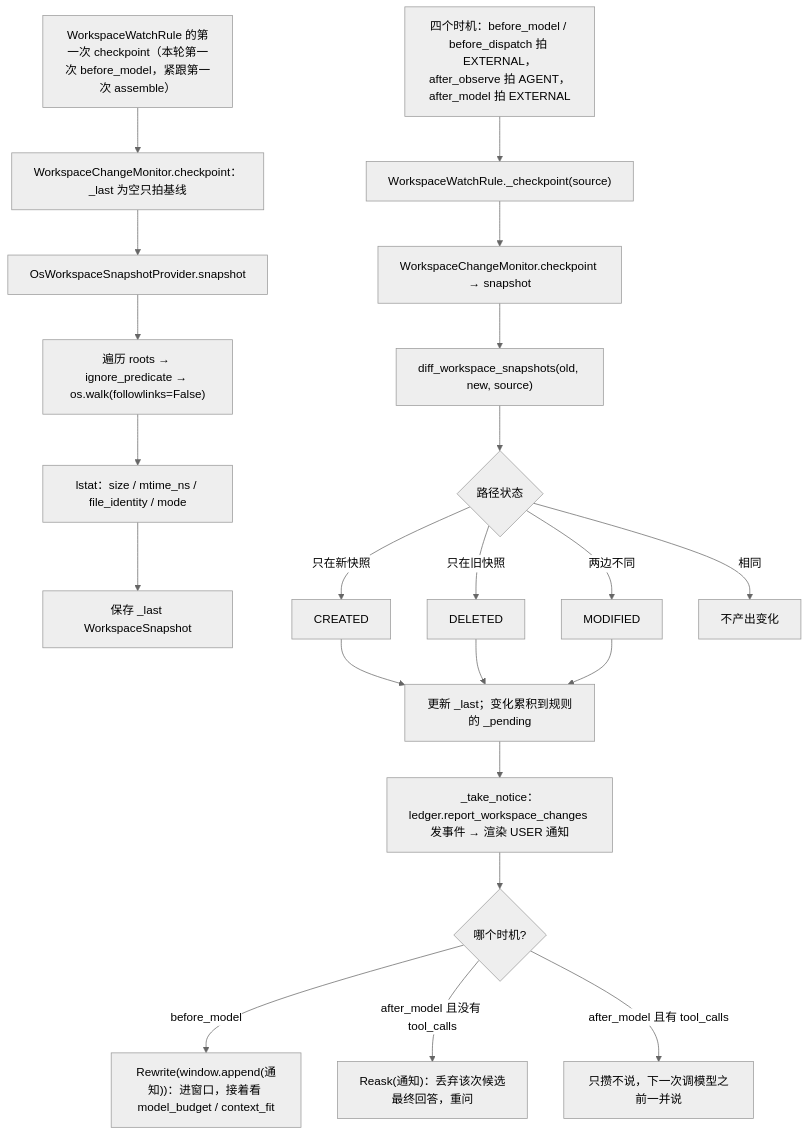
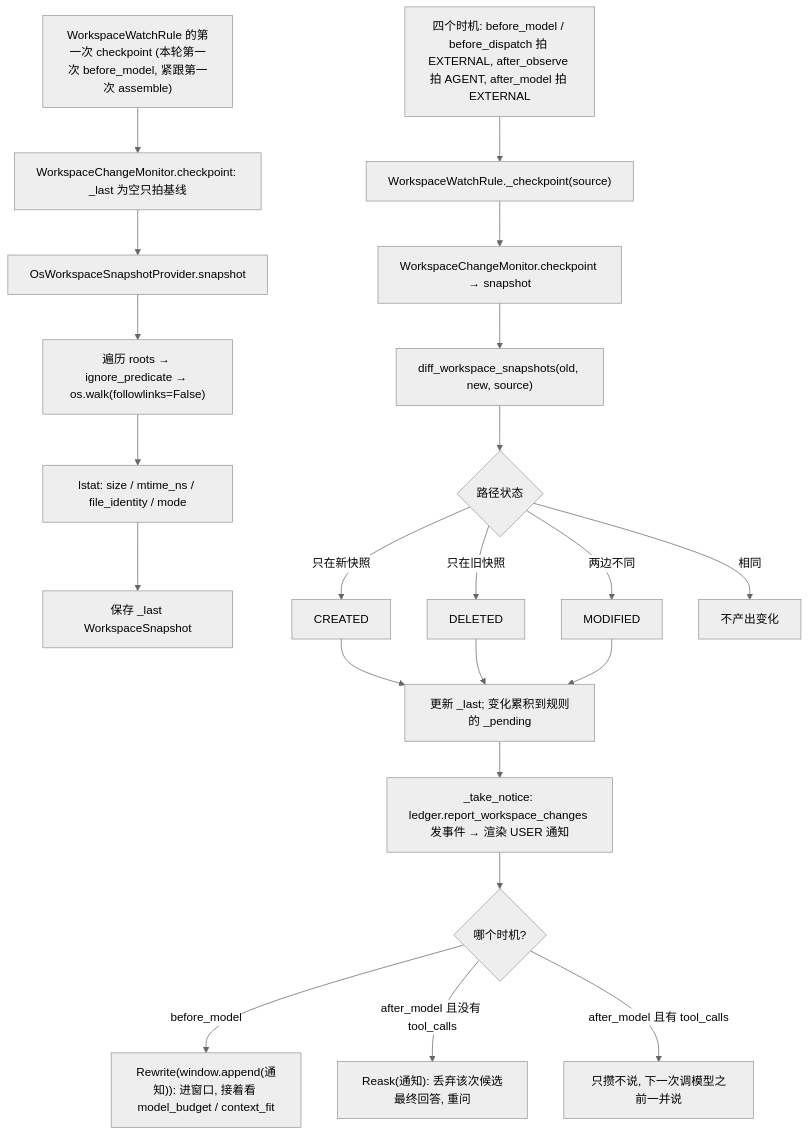
One commit to qubaolai/ForgeCLI changed diagram 18 of 50 in docs/06-代码阅读线路.md. Above: the diagram before and after it, drawn with Mermaid (neutral theme). The commit also changed other lines of this file and 292 other files, not shown here.

````diff
--- a/docs/06-代码阅读线路.md
+++ b/docs/06-代码阅读线路.md
@@ -785,24 +802,24 @@
 ```mermaid
 flowchart TD
-    A["WorkspaceWatchRule 的第一次 checkpoint（本轮第一次 before_model，紧跟第一次 assemble）"] --> B["WorkspaceChangeMonitor.checkpoint：_last 为空只拍基线"]
+    A["WorkspaceWatchRule 的第一次 checkpoint (本轮第一次 before_model, 紧跟第一次 assemble)"] --> B["WorkspaceChangeMonitor.checkpoint: _last 为空只拍基线"]
     B --> C["OsWorkspaceSnapshotProvider.snapshot"]
     C --> D["遍历 roots → ignore_predicate → os.walk(followlinks=False)"]
-    D --> E["lstat：size / mtime_ns / file_identity / mode"]
+    D --> E["lstat: size / mtime_ns / file_identity / mode"]
     E --> F["保存 _last WorkspaceSnapshot"]
-    G["四个时机：before_model / before_dispatch 拍 EXTERNAL，after_observe 拍 AGENT，after_model 拍 EXTERNAL"] --> H["WorkspaceWatchRule._checkpoint(source)"]
+    G["四个时机: before_model / before_dispatch 拍 EXTERNAL, after_observe 拍 AGENT, after_model 拍 EXTERNAL"] --> H["WorkspaceWatchRule._checkpoint(source)"]
     H --> I["WorkspaceChangeMonitor.checkpoint → snapshot"]
     I --> J["diff_workspace_snapshots(old, new, source)"]
     J --> K{"路径状态"}
     K -->|只在新快照| L["CREATED"]
     K -->|只在旧快照| M["DELETED"]
     K -->|两边不同| N["MODIFIED"]
     K -->|相同| O["不产出变化"]
-    L --> P["更新 _last；变化累积到规则的 _pending"]
+    L --> P["更新 _last; 变化累积到规则的 _pending"]
     M --> P
     N --> P
-    P --> Q["_take_notice：ledger.report_workspace_changes 发事件 → 渲染 USER 通知"]
+    P --> Q["_take_notice: ledger.report_workspace_changes 发事件 → 渲染 USER 通知"]
     Q --> R{"哪个时机?"}
-    R -->|before_model| S["Rewrite(window.append(通知))：进窗口，接着看 model_budget / context_fit"]
-    R -->|after_model 且没有 tool_calls| T["Reask(通知)：丢弃该次候选最终回答，重问"]
-    R -->|after_model 且有 tool_calls| U["只攒不说，下一次调模型之前一并说"]
+    R -->|before_model| S["Rewrite(window.append(通知)): 进窗口, 接着看 model_budget / context_fit"]
+    R -->|after_model 且没有 tool_calls| T["Reask(通知): 丢弃该次候选最终回答, 重问"]
+    R -->|after_model 且有 tool_calls| U["只攒不说, 下一次调模型之前一并说"]
 ```
````
